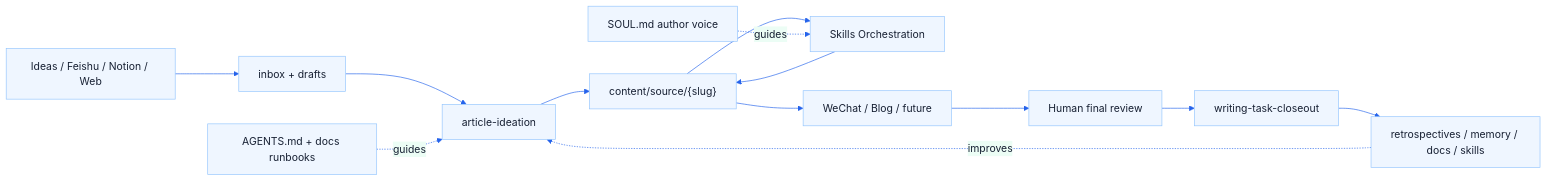
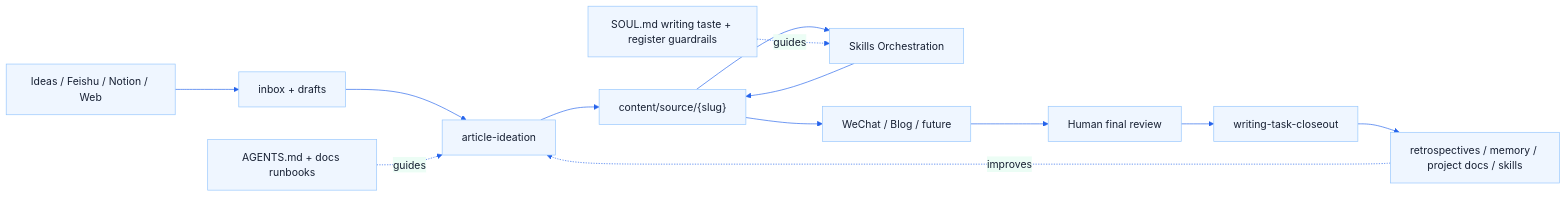
One commit to eriklee1895/writing-agent-harness changed the diagram in docs/workflows/ai-writing-workflow.md. Above: the diagram before and after it, drawn with Mermaid. The commit also changed other lines of this file and 63 other files, not shown here.

````diff
--- a/docs/workflows/ai-writing-workflow.md
+++ b/docs/workflows/ai-writing-workflow.md
@@ -14,29 +14,29 @@
 ```mermaid
 ---
 config:
   theme: base
   look: classic
   themeVariables:
     fontFamily: "ui-sans-serif, system-ui, sans-serif"
     primaryColor: "#eff6ff"
     primaryTextColor: "#172033"
     primaryBorderColor: "#93c5fd"
     lineColor: "#2563eb"
     secondaryColor: "#ecfdf5"
     tertiaryColor: "#fff7ed"
 ---
 flowchart LR
     Input["Ideas / Feishu / Notion / Web"] --> Scratch["inbox + drafts"]
     Scratch --> Ideation["article-ideation"]
     Ideation --> Source["content/source/{slug}"]
     Source --> Skills["Skills Orchestration"]
     Skills --> Source
     Source --> Channels["WeChat / Blog / future"]
     Channels --> Review["Human final review"]
     Review --> Closeout["writing-task-closeout"]
-    Closeout --> Evolution["retrospectives / memory / docs / skills"]
+    Closeout --> Evolution["retrospectives / memory / project docs / skills"]
     Evolution -. improves .-> Ideation
 
     Router["AGENTS.md + docs runbooks"] -. guides .-> Ideation
-    Soul["SOUL.md author voice"] -. guides .-> Skills
+    Soul["SOUL.md writing taste + register guardrails"] -. guides .-> Skills
 ```
````
